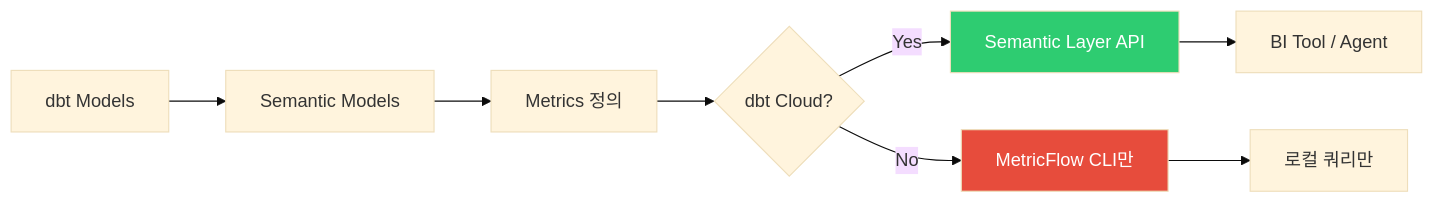
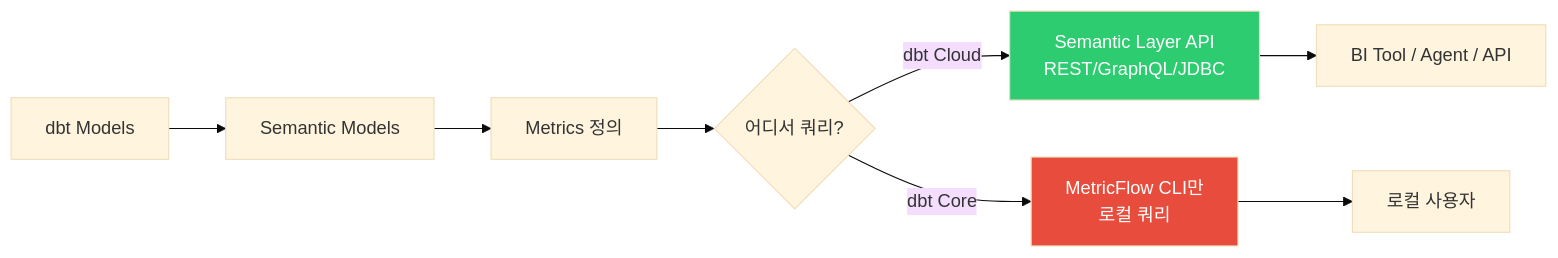
One commit to izzyLim/BIP-Pipeline changed the seventh of 12 diagrams in docs/guide_dbt.md. Above: the diagram before and after it, drawn with Mermaid (base theme). The commit also changed other lines of this file and 3 other files, not shown here.

````diff
--- a/docs/guide_dbt.md
+++ b/docs/guide_dbt.md
@@ -294,13 +798,13 @@
 ```mermaid
 graph LR
     A[dbt Models] --> B[Semantic Models]
     B --> C[Metrics 정의]
-    C --> D{dbt Cloud?}
-    D -->|Yes| E[Semantic Layer API]
-    D -->|No| F[MetricFlow CLI만]
-    E --> G[BI Tool / Agent]
-    F --> H[로컬 쿼리만]
+    C --> D{어디서 쿼리?}
+    D -->|dbt Cloud| E[Semantic Layer API<br/>REST/GraphQL/JDBC]
+    D -->|dbt Core| F[MetricFlow CLI만<br/>로컬 쿼리]
+    E --> G[BI Tool / Agent / API]
+    F --> H[로컬 사용자]
 
     style E fill:#2ecc71,color:#fff
     style F fill:#e74c3c,color:#fff
 ```
````
